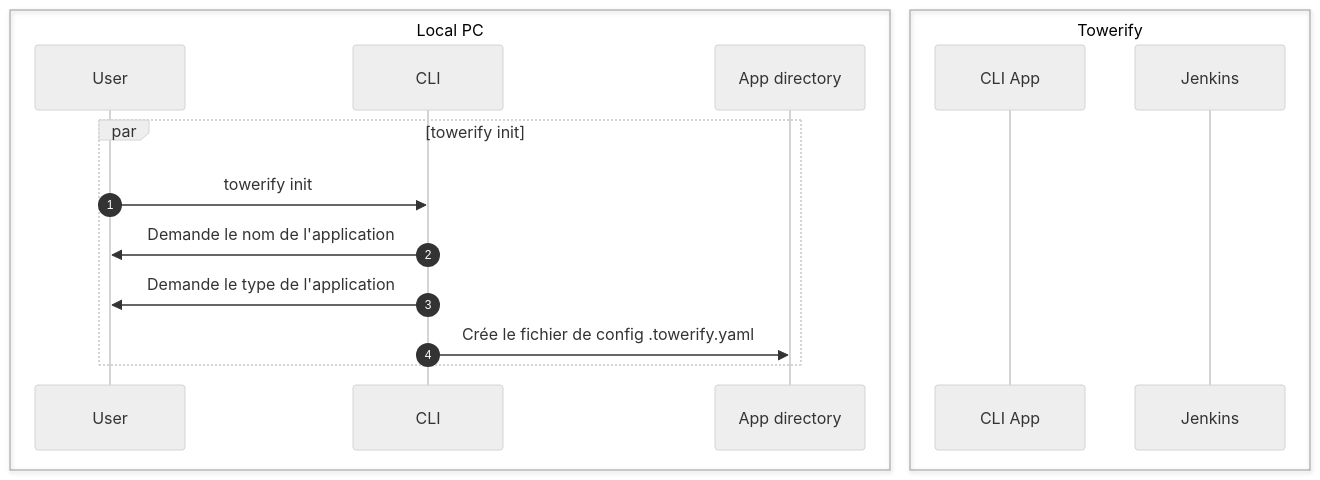
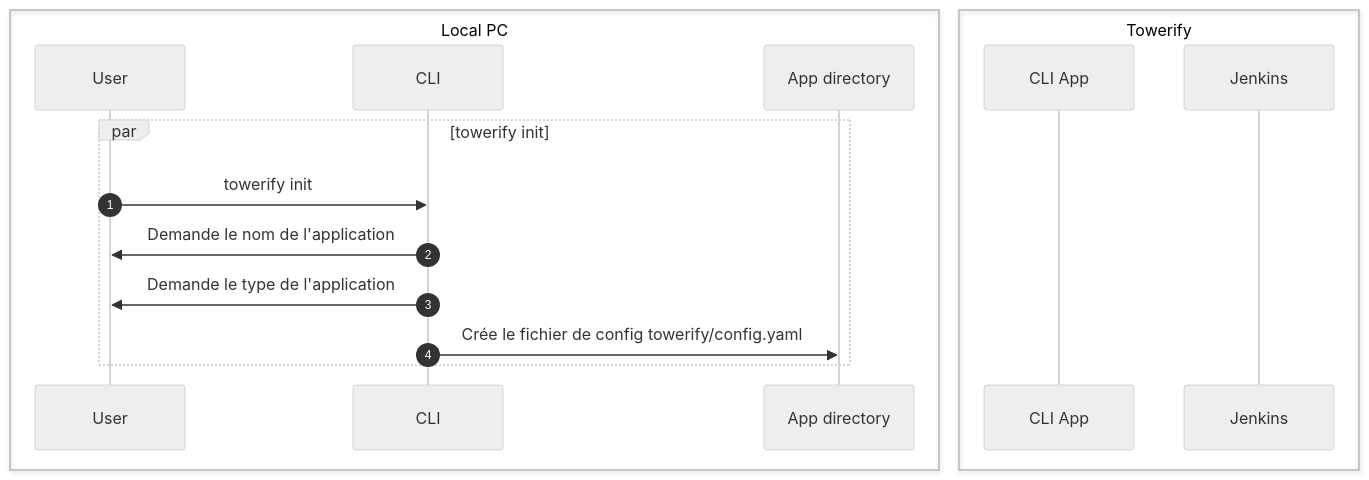
Before and after one commit to computablefacts/towerify-docs: the third of 4 diagrams in docs/develop/coder.md, drawn with Mermaid (neutral theme). The commit also changed other lines of this file and 3 other files, not shown here.

Commit message:
Change towerify app config name

````diff
--- a/docs/develop/coder.md
+++ b/docs/develop/coder.md
@@ -135,23 +135,23 @@
 ``` mermaid
 sequenceDiagram
   autonumber
   box Local PC
     participant User
     participant CLI
     participant App as App directory
   end
 
   box Towerify
     participant AppCLI as CLI App
     participant Jenkins
   end
 
   par towerify init
     User ->> CLI: towerify init
 
     CLI ->> User: Demande le nom de l'application
     CLI ->> User: Demande le type de l'application
 
-    CLI ->> App: Crée le fichier de config .towerify.yaml
+    CLI ->> App: Crée le fichier de config towerify/config.yaml
   end
 ```
````
